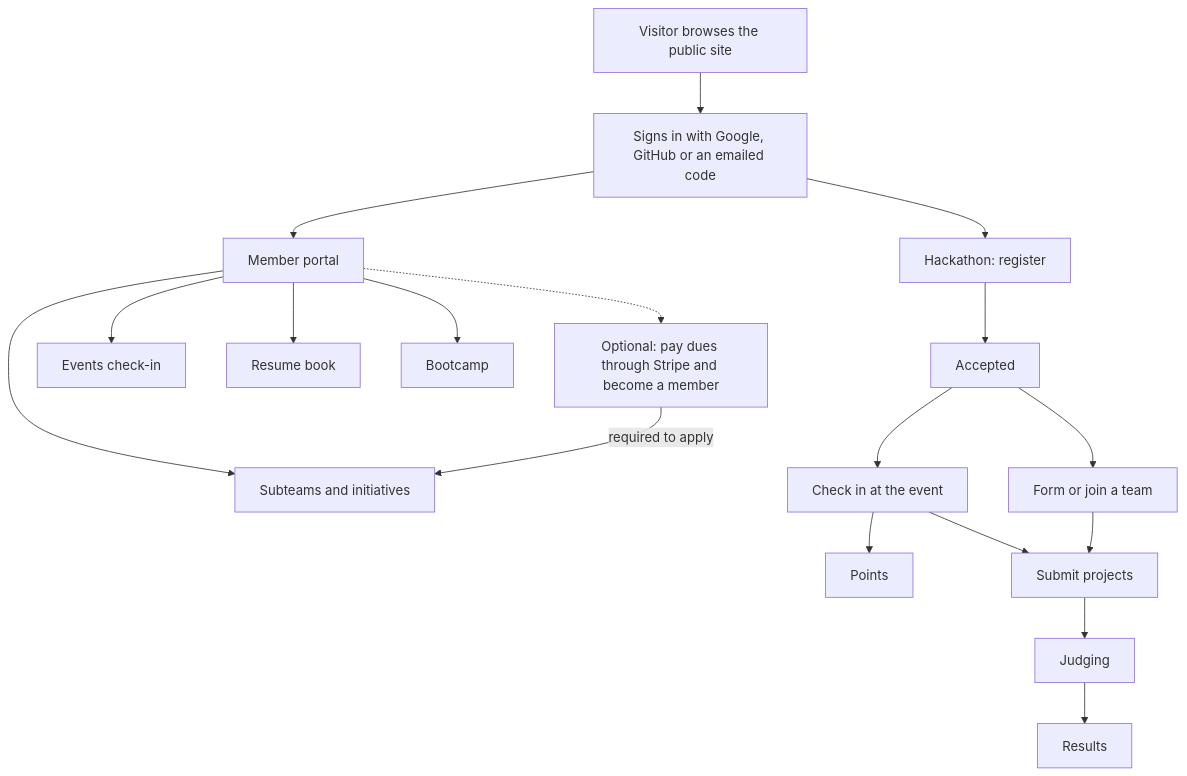
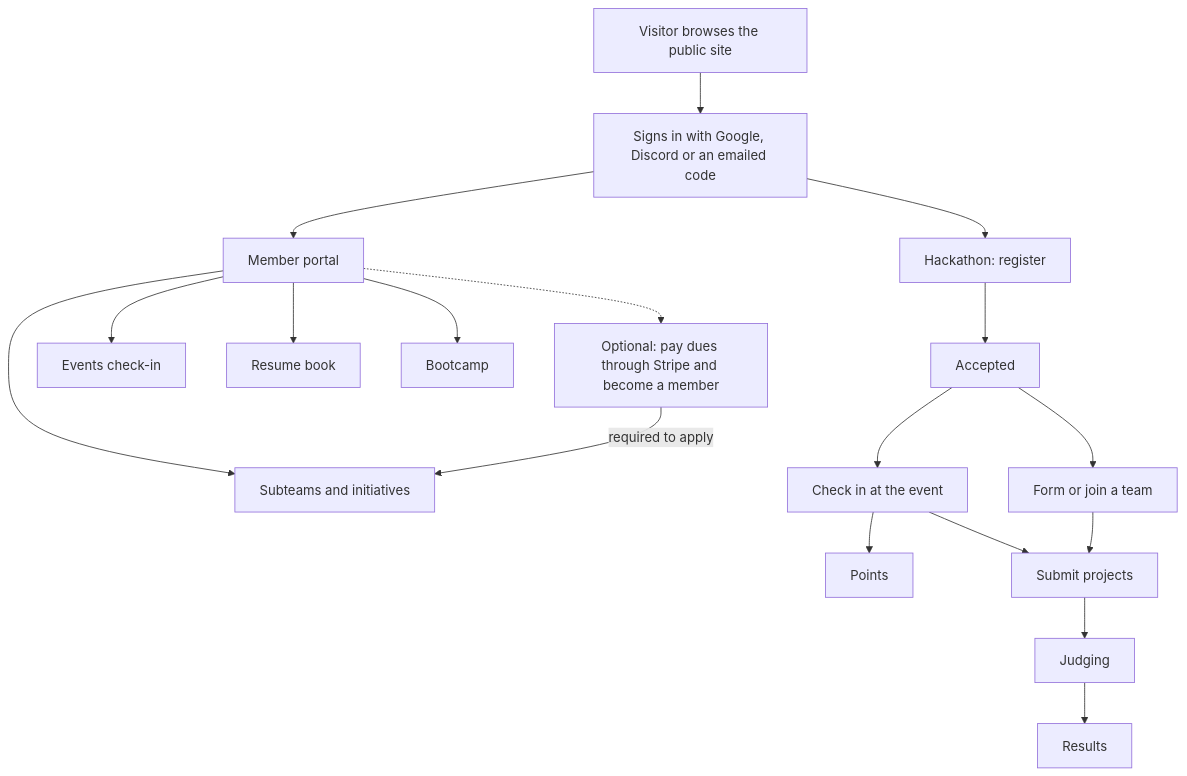
The second of 2 diagrams in README.md (DataScience-GT/query), drawn with Mermaid before and after one commit. The commit also changed other lines of this file and 11 other files, not shown here.

Commit message:
docs: Discord sign-in replaces GitHub, one login page

````diff
--- a/README.md
+++ b/README.md
@@ -98,34 +98,34 @@
 ```mermaid
 flowchart TD
   v["Visitor browses the public site"]
-  s["Signs in with Google, GitHub or an emailed code"]
+  s["Signs in with Google, Discord or an emailed code"]
   p["Member portal"]
   m["Optional: pay dues through Stripe and become a member"]
   e["Events check-in"]
   r["Resume book"]
   b["Bootcamp"]
   st["Subteams and initiatives"]
   reg["Hackathon: register"]
   acc["Accepted"]
   tm["Form or join a team"]
   ci["Check in at the event"]
   pt["Points"]
   sub["Submit projects"]
   j["Judging"]
   res["Results"]
 
   v --> s --> p
   p --> e
   p --> r
   p --> b
   p --> st
   p -.-> m
   m -->|"required to apply"| st
   s --> reg --> acc
   acc --> tm
   acc --> ci
   ci --> pt
   ci --> sub
   tm --> sub
   sub --> j --> res
 ```
````
